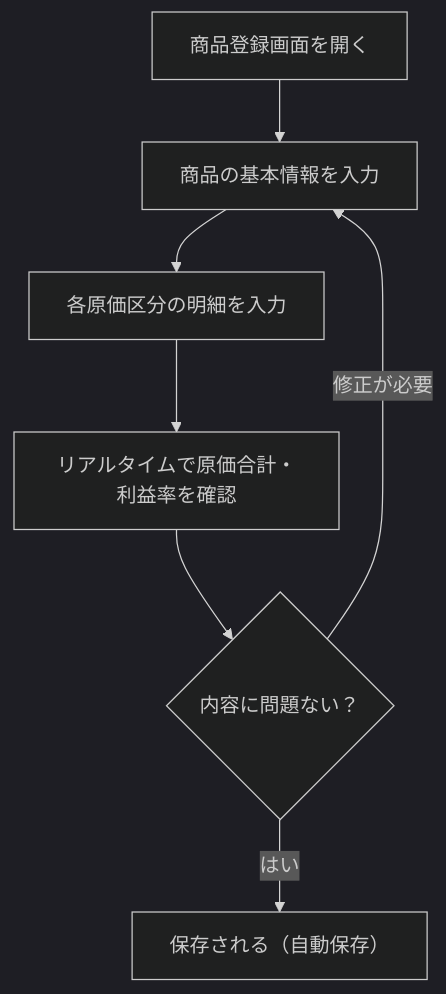
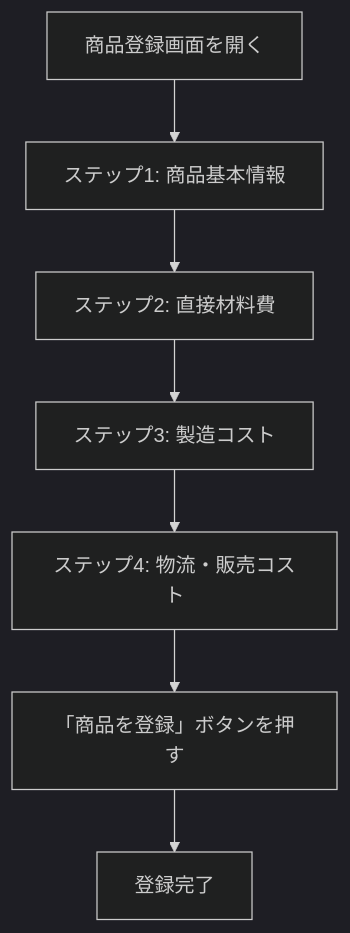
Before and after one commit to toru0514/cost-app: the first of 2 diagrams in docs/03-product-registration.md, drawn with Mermaid (dark theme). The commit also changed other lines of this file and 3 other files, not shown here.

````diff
--- a/docs/03-product-registration.md
+++ b/docs/03-product-registration.md
@@ -10,9 +12,9 @@
 ```mermaid
 flowchart TD
-    A[商品登録画面を開く] --> B[商品の基本情報を入力]
-    B --> C[各原価区分の明細を入力]
-    C --> D[リアルタイムで原価合計・利益率を確認]
-    D --> E{内容に問題ない？}
-    E -->|はい| F[保存される（自動保存）]
-    E -->|修正が必要| B
+    A[商品登録画面を開く] --> B["ステップ1: 商品基本情報"]
+    B --> C["ステップ2: 直接材料費"]
+    C --> D["ステップ3: 製造コスト"]
+    D --> E["ステップ4: 物流・販売コスト"]
+    E --> F["「商品を登録」ボタンを押す"]
+    F --> G[登録完了]
 ```
````
